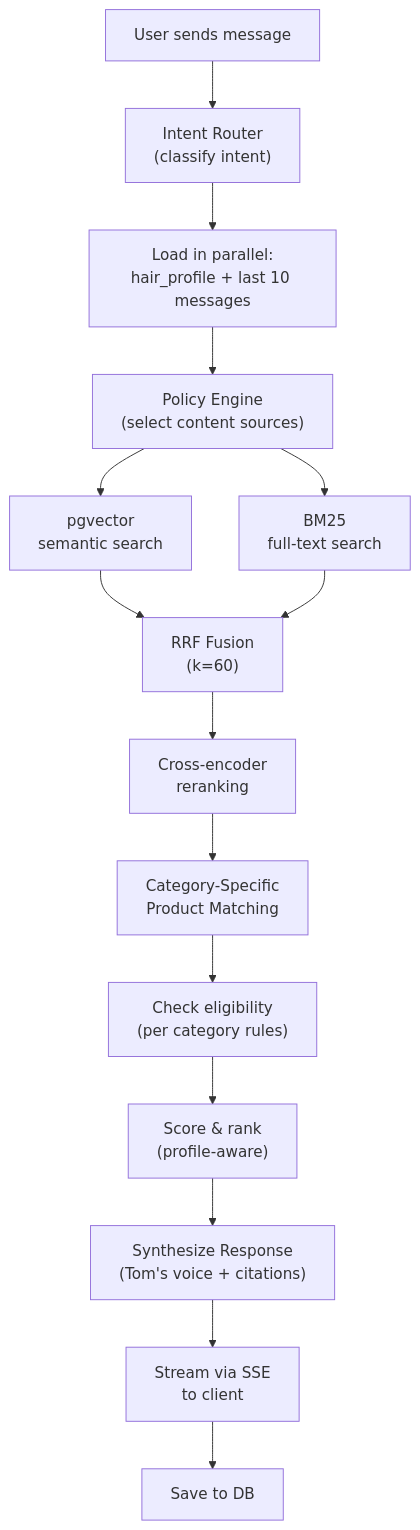
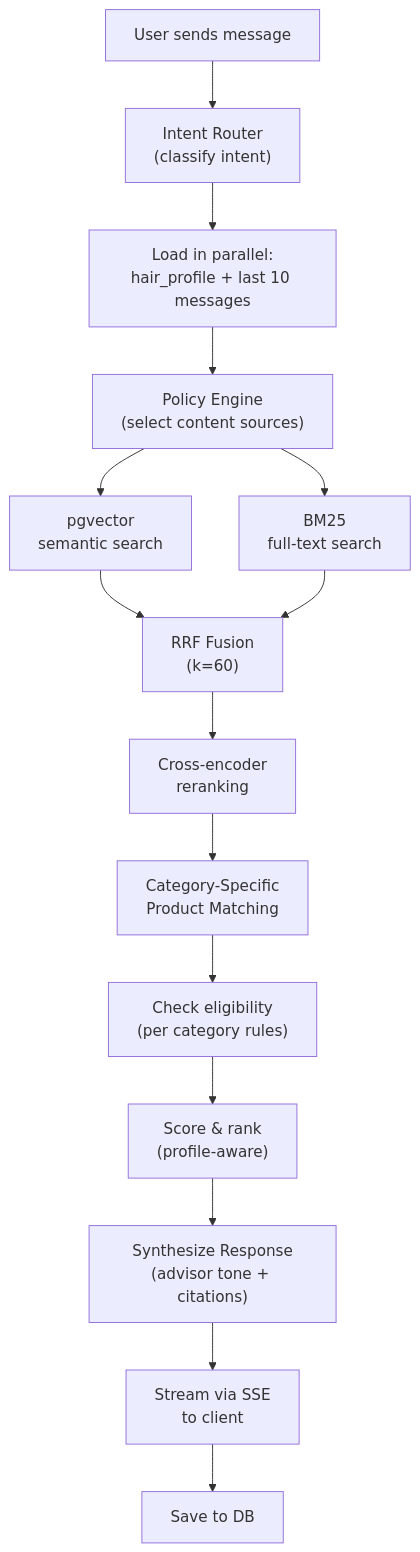
Before and after one commit to NickRuppy/hair_concierge: the third of 4 diagrams in OVERVIEW.md, drawn with Mermaid. The commit also changed other lines of this file and 48 other files, not shown here.

````diff
--- a/OVERVIEW.md
+++ b/OVERVIEW.md
@@ -153,21 +153,21 @@
 ```mermaid
 flowchart TD
     Msg["User sends message"] --> Intent["Intent Router<br/>(classify intent)"]
 
     Intent --> Load["Load in parallel:<br/>hair_profile + last 10 messages"]
     Load --> Route["Policy Engine<br/>(select content sources)"]
 
     Route --> Dense["pgvector<br/>semantic search"]
     Route --> Lexical["BM25<br/>full-text search"]
     Dense --> RRF["RRF Fusion<br/>(k=60)"]
     Lexical --> RRF
     RRF --> Rerank["Cross-encoder<br/>reranking"]
 
     Rerank --> Match["Category-Specific<br/>Product Matching"]
     Match --> Eligibility["Check eligibility<br/>(per category rules)"]
     Eligibility --> Score["Score & rank<br/>(profile-aware)"]
 
-    Score --> Synth["Synthesize Response<br/>(Tom's voice + citations)"]
+    Score --> Synth["Synthesize Response<br/>(advisor tone + citations)"]
     Synth --> Stream["Stream via SSE<br/>to client"]
     Stream --> Save["Save to DB"]
 ```
````
